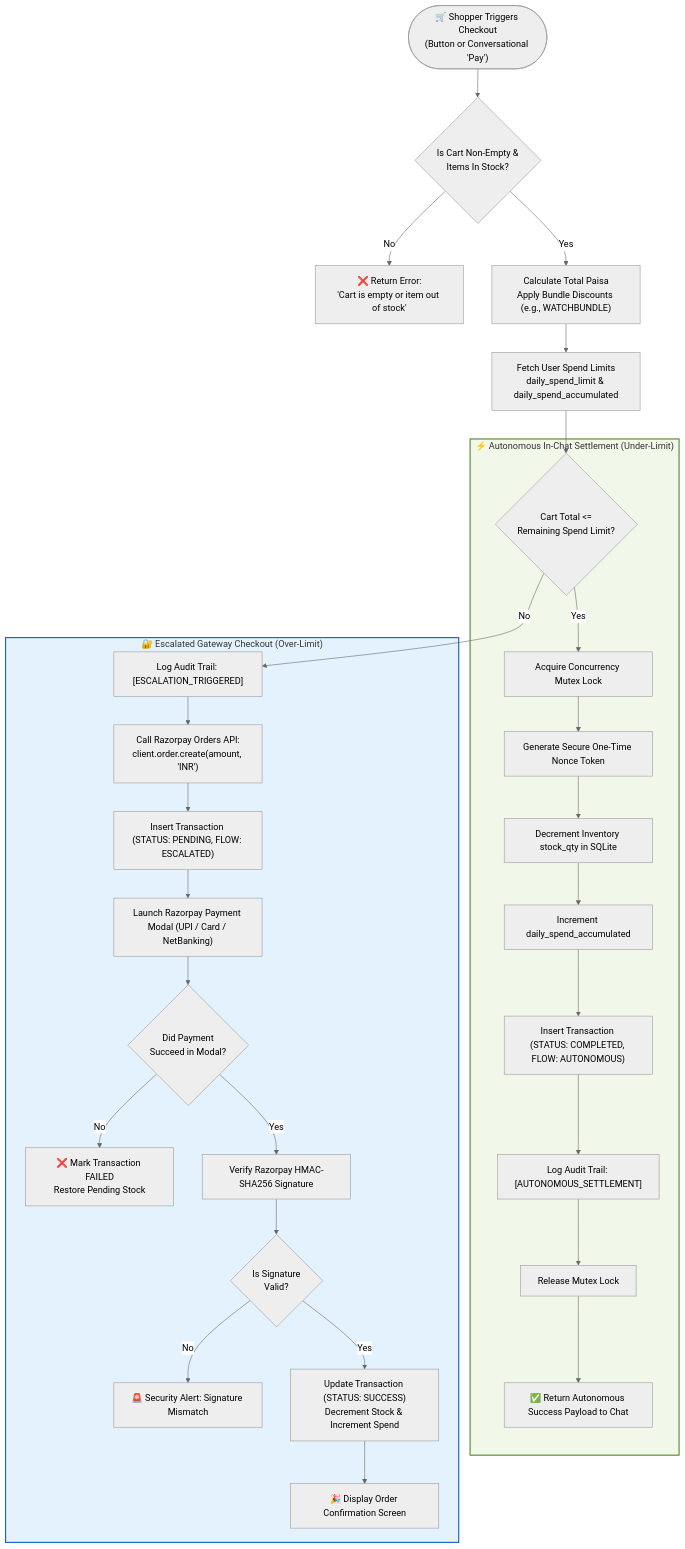
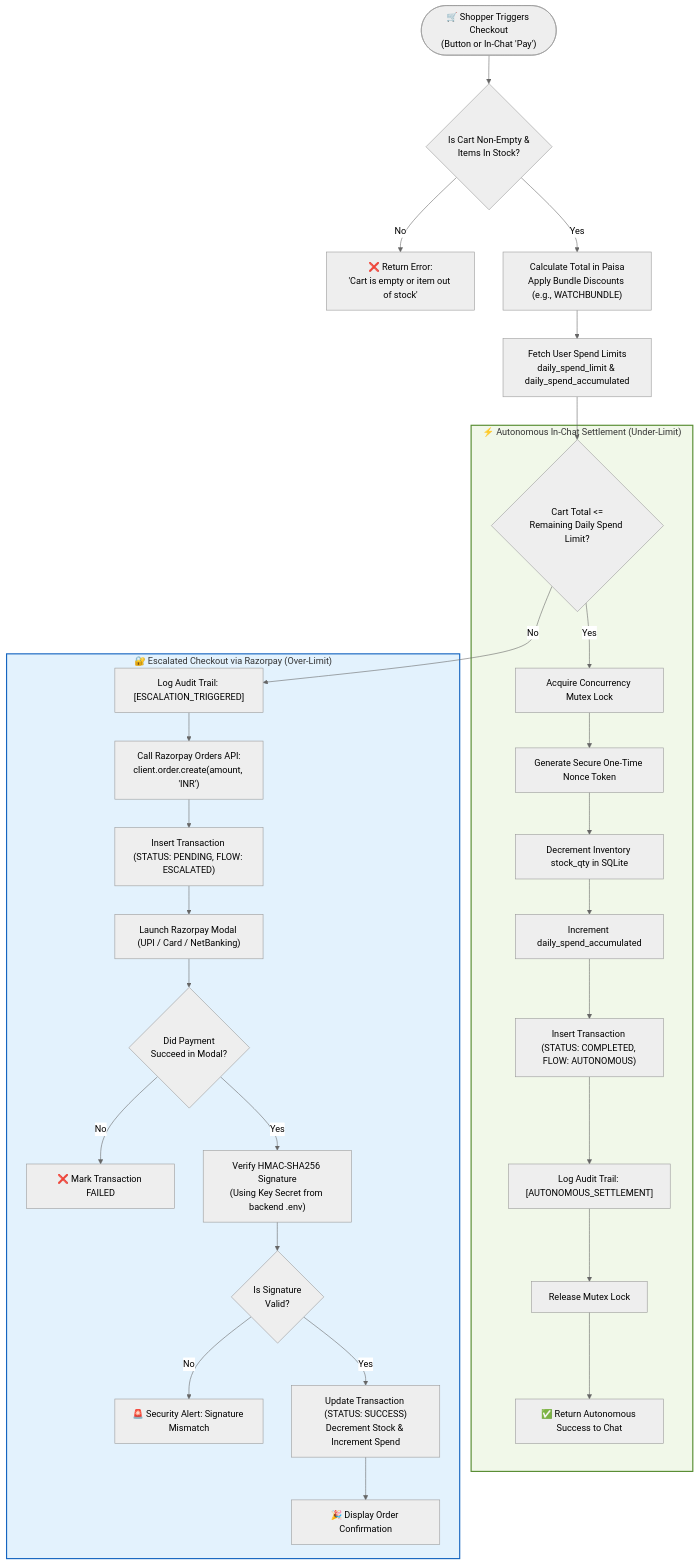
Before and after one commit to krishna016agarwal/Agentic_Commerce: the fourth of 5 diagrams in README.md, drawn with Mermaid (neutral theme). The commit also changed other lines of this file and 10 other files, not shown here.

Commit message:
refactor: rename to Agentic Commerce Portal, remove hackathon references, secure Razorpay credentials in .env

````diff
--- a/README.md
+++ b/README.md
@@ -192,38 +195,38 @@
 ```mermaid
 flowchart TD
-    Start(["🛒 Shopper Triggers Checkout<br/>(Button or Conversational 'Pay')"]) --> ValidateCart{"Is Cart Non-Empty &<br/>Items In Stock?"}
+    Start(["🛒 Shopper Triggers Checkout<br/>(Button or In-Chat 'Pay')"]) --> ValidateCart{"Is Cart Non-Empty &<br/>Items In Stock?"}
     
     ValidateCart -- No --> AbortErr["❌ Return Error:<br/>'Cart is empty or item out of stock'"]
-    ValidateCart -- Yes --> CalcTotal["Calculate Total Paisa<br/>Apply Bundle Discounts (e.g., WATCHBUNDLE)"]
+    ValidateCart -- Yes --> CalcTotal["Calculate Total in Paisa<br/>Apply Bundle Discounts (e.g., WATCHBUNDLE)"]
     
     CalcTotal --> FetchUser["Fetch User Spend Limits<br/>daily_spend_limit & daily_spend_accumulated"]
-    FetchUser --> LimitCheck{"Cart Total <=<br/>Remaining Spend Limit?"}
+    FetchUser --> LimitCheck{"Cart Total <=<br/>Remaining Daily Spend Limit?"}
 
     subgraph AutoFlow["⚡ Autonomous In-Chat Settlement (Under-Limit)"]
         LimitCheck -- Yes --> LockMutex["Acquire Concurrency Mutex Lock"]
         LockMutex --> GenToken["Generate Secure One-Time Nonce Token"]
         GenToken --> DeductStock["Decrement Inventory stock_qty in SQLite"]
         DeductStock --> IncSpend["Increment daily_spend_accumulated"]
         IncSpend --> SaveTxn["Insert Transaction (STATUS: COMPLETED, FLOW: AUTONOMOUS)"]
         SaveTxn --> AuditLog["Log Audit Trail: [AUTONOMOUS_SETTLEMENT]"]
         AuditLog --> ReleaseMutex["Release Mutex Lock"]
-        ReleaseMutex --> ReturnSuccess["✅ Return Autonomous Success Payload to Chat"]
+        ReleaseMutex --> ReturnSuccess["✅ Return Autonomous Success to Chat"]
     end
 
-    subgraph EscFlow["🔐 Escalated Gateway Checkout (Over-Limit)"]
+    subgraph EscFlow["🔐 Escalated Checkout via Razorpay (Over-Limit)"]
         LimitCheck -- No --> AuditEsc["Log Audit Trail: [ESCALATION_TRIGGERED]"]
         AuditEsc --> CallRZP["Call Razorpay Orders API:<br/>client.order.create(amount, 'INR')"]
         CallRZP --> SavePending["Insert Transaction (STATUS: PENDING, FLOW: ESCALATED)"]
-        SavePending --> LaunchModal["Launch Razorpay Payment Modal (UPI / Card / NetBanking)"]
+        SavePending --> LaunchModal["Launch Razorpay Modal (UPI / Card / NetBanking)"]
         LaunchModal --> UserPaid{"Did Payment<br/>Succeed in Modal?"}
-        UserPaid -- No --> TxnFailed["❌ Mark Transaction FAILED<br/>Restore Pending Stock"]
-        UserPaid -- Yes --> VerifySig["Verify Razorpay HMAC-SHA256 Signature"]
+        UserPaid -- No --> TxnFailed["❌ Mark Transaction FAILED"]
+        UserPaid -- Yes --> VerifySig["Verify HMAC-SHA256 Signature<br/>(Using Key Secret from backend .env)"]
         VerifySig --> SigValid{"Is Signature<br/>Valid?"}
         SigValid -- No --> TamperAlert["🚨 Security Alert: Signature Mismatch"]
         SigValid -- Yes --> FinalizeOrder["Update Transaction (STATUS: SUCCESS)<br/>Decrement Stock & Increment Spend"]
-        FinalizeOrder --> OrderConf["🎉 Display Order Confirmation Screen"]
+        FinalizeOrder --> OrderConf["🎉 Display Order Confirmation"]
     end
 
     style AutoFlow fill:#f1f8e9,stroke:#558b2f,stroke-width:2px
     style EscFlow fill:#e3f2fd,stroke:#1565c0,stroke-width:2px
 ```
````
